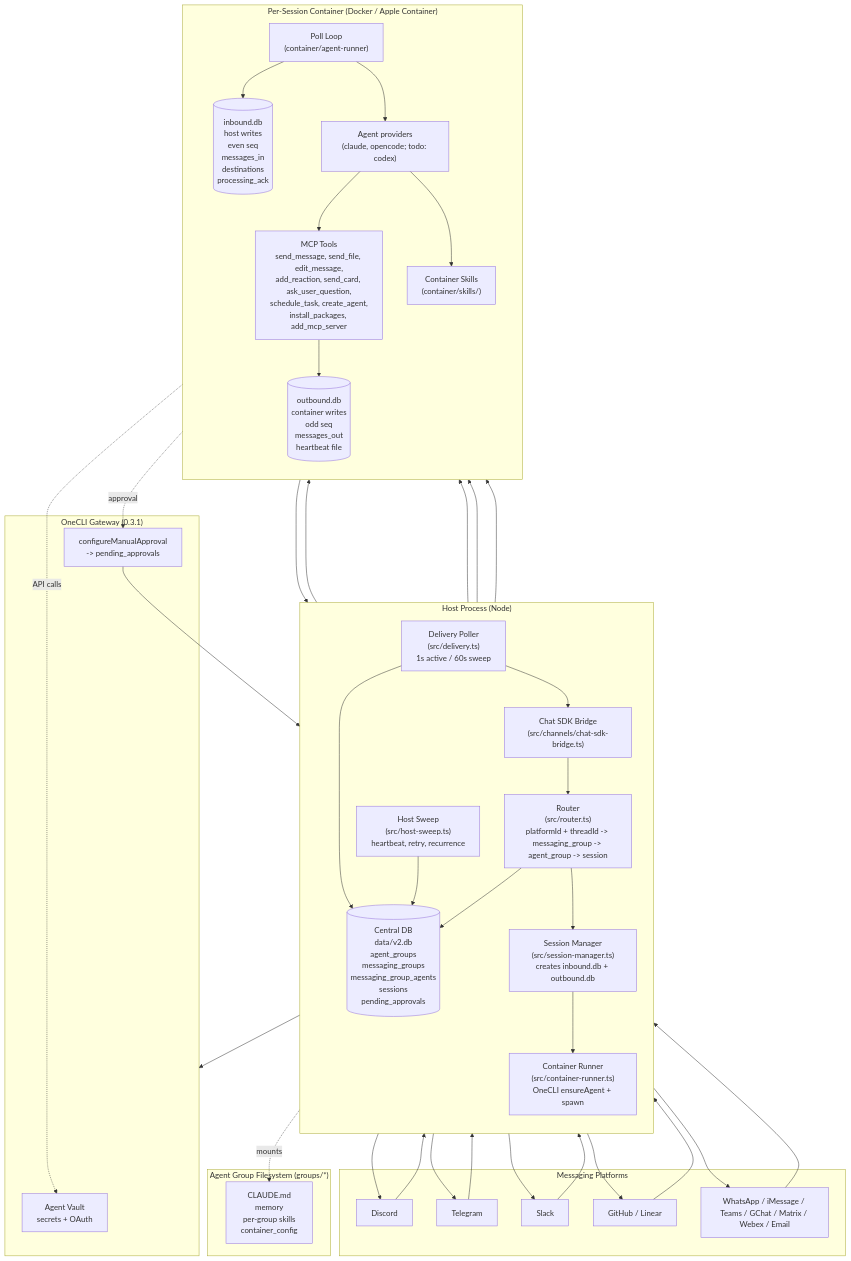
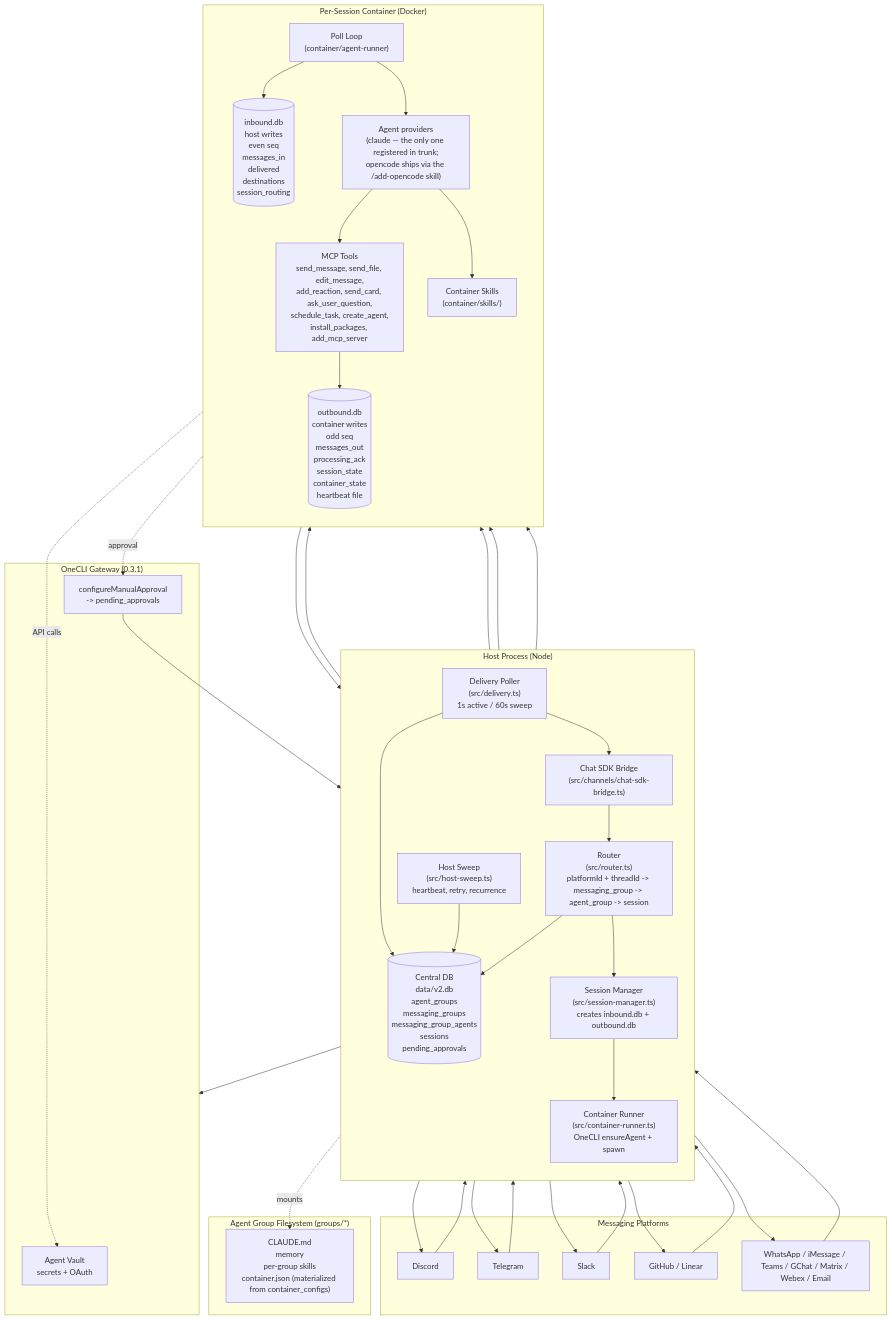
Before and after one commit to anupsinghinfra/oncellclaw: the first of 5 diagrams in docs/architecture-diagram.md, drawn with Mermaid. The commit also changed other lines of this file and 5 other files, not shown here.

Commit message:
docs: sync DB schema + entity docs with migrations 010-018

````diff
--- a/docs/architecture-diagram.md
+++ b/docs/architecture-diagram.md
@@ -5,65 +5,65 @@
 ```mermaid
 flowchart TB
   subgraph Platforms["Messaging Platforms"]
     P1[Discord]
     P2[Telegram]
     P3[Slack]
     P4[GitHub / Linear]
     P5[WhatsApp / iMessage / Teams / GChat / Matrix / Webex / Email]
   end
 
   subgraph Host["Host Process (Node)"]
     direction TB
     Bridge["Chat SDK Bridge<br/>(src/channels/chat-sdk-bridge.ts)"]
     Router["Router<br/>(src/router.ts)<br/>platformId + threadId -> messaging_group -> agent_group -> session"]
     SessMgr["Session Manager<br/>(src/session-manager.ts)<br/>creates inbound.db + outbound.db"]
     Runner["Container Runner<br/>(src/container-runner.ts)<br/>OneCLI ensureAgent + spawn"]
     Delivery["Delivery Poller<br/>(src/delivery.ts)<br/>1s active / 60s sweep"]
     Sweep["Host Sweep<br/>(src/host-sweep.ts)<br/>heartbeat, retry, recurrence"]
     Central[("Central DB<br/>data/v2.db<br/>agent_groups<br/>messaging_groups<br/>messaging_group_agents<br/>sessions<br/>pending_approvals")]
   end
 
   subgraph OneCLI["OneCLI Gateway (0.3.1)"]
     Vault["Agent Vault<br/>secrets + OAuth"]
     Approvals["configureManualApproval<br/>-> pending_approvals"]
   end
 
-  subgraph Session["Per-Session Container (Docker / Apple Container)"]
+  subgraph Session["Per-Session Container (Docker)"]
     direction TB
     PollLoop["Poll Loop<br/>(container/agent-runner)"]
-    Provider["Agent providers<br/>(claude, opencode; todo: codex)"]
+    Provider["Agent providers<br/>(claude — the only one registered in trunk;<br/>opencode ships via the /add-opencode skill)"]
     MCP["MCP Tools<br/>send_message, send_file, edit_message,<br/>add_reaction, send_card, ask_user_question,<br/>schedule_task, create_agent,<br/>install_packages, add_mcp_server"]
     Skills["Container Skills<br/>(container/skills/)"]
-    InDB[("inbound.db<br/>host writes<br/>even seq<br/>messages_in<br/>destinations<br/>processing_ack")]
-    OutDB[("outbound.db<br/>container writes<br/>odd seq<br/>messages_out<br/>heartbeat file")]
+    InDB[("inbound.db<br/>host writes<br/>even seq<br/>messages_in<br/>delivered<br/>destinations<br/>session_routing")]
+    OutDB[("outbound.db<br/>container writes<br/>odd seq<br/>messages_out<br/>processing_ack<br/>session_state<br/>container_state<br/>heartbeat file")]
   end
 
   subgraph Groups["Agent Group Filesystem (groups/*)"]
-    Folder["CLAUDE.md<br/>memory<br/>per-group skills<br/>container_config"]
+    Folder["CLAUDE.md<br/>memory<br/>per-group skills<br/>container.json (materialized from container_configs)"]
   end
 
   P1 & P2 & P3 & P4 & P5 --> Bridge
   Bridge --> Router
   Router --> Central
   Router --> SessMgr
   SessMgr --> InDB
   SessMgr --> Runner
   Runner --> OneCLI
   Runner --> PollLoop
   PollLoop --> InDB
   PollLoop --> Provider
   Provider --> MCP
   Provider --> Skills
   MCP --> OutDB
   OutDB --> Delivery
   Delivery --> Central
   Delivery --> Bridge
   Bridge --> P1 & P2 & P3 & P4 & P5
   Sweep --> InDB
   Sweep --> OutDB
   Sweep --> Central
   Runner -.mounts.-> Folder
   MCP -.approval.-> Approvals
   Approvals --> Central
   Provider -.API calls.-> Vault
 ```
````
